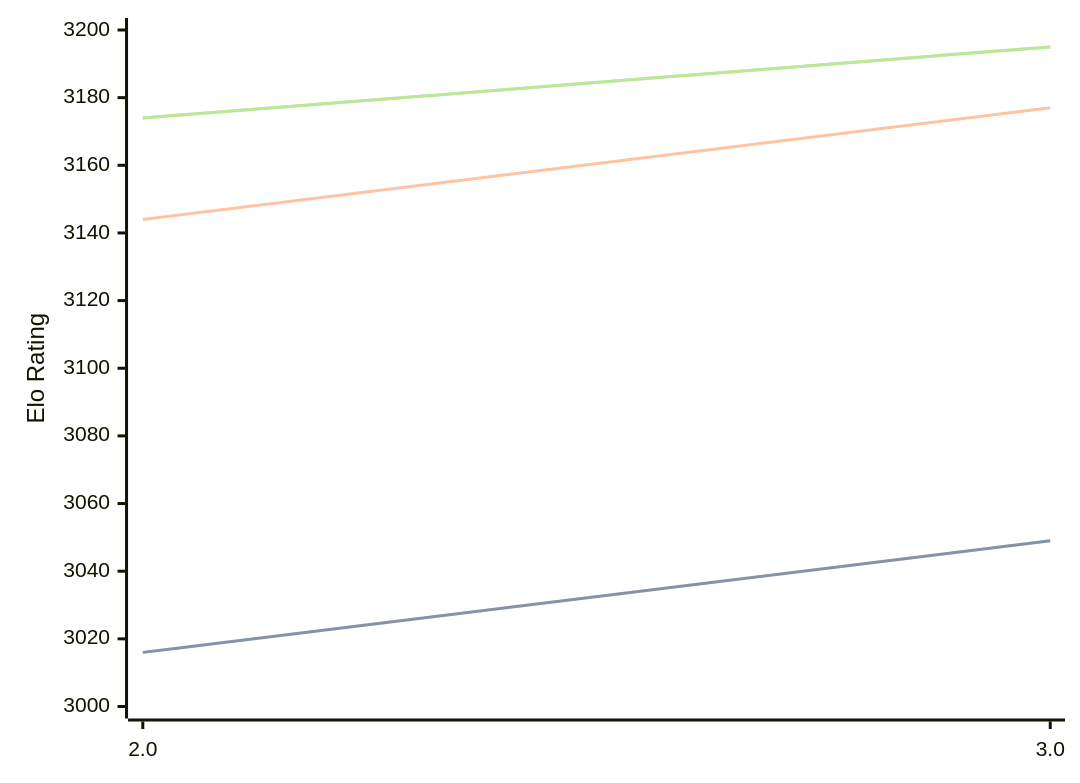
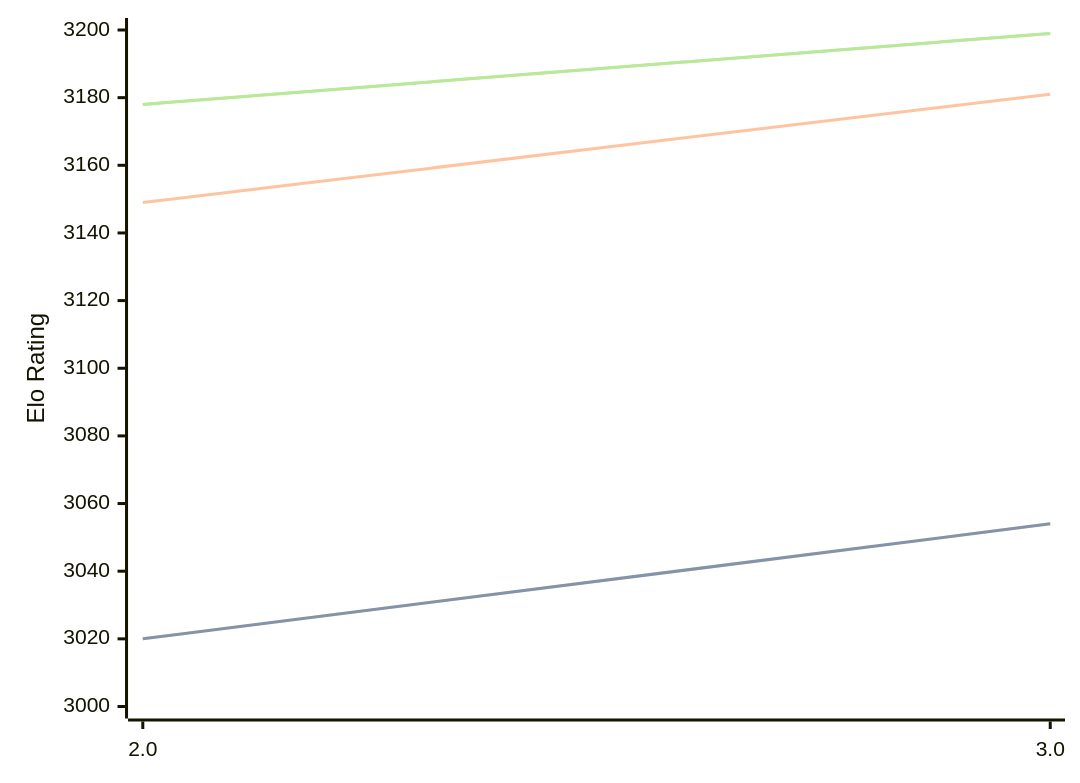
Before and after one commit to computer-chess-index/cci: the diagram in engines/Quanticade.md, drawn with Mermaid. The commit also changed other lines of this file, not shown here.

Commit message:
Update CCI Ratings (ELO VLTC) - 2026-02-24

````diff
--- a/engines/Quanticade.md
+++ b/engines/Quanticade.md
@@ -38,11 +38,11 @@
 ```mermaid
 %%{init: {"theme":"base","themeVariables":{"seriesColors:['#a3a3a3','#222221','#faa371']}}}%%
 xychart-beta
   x-axis ["2.0", "3.0"]
   y-axis "Elo Rating" 3000 --> 3200
-  line "STC (8.0+0.08s)" [3016, 3049]
-  line "STC (8.0+0.08s)" [3016, 3049]
-  line "LTC (60.0+0.60s)" [3144, 3177]
-  line "VLTC (2m24s+1.12s)" [3174, 3195]
-  line "VLTC (2m24s+1.12s)" [3174, 3195]
+  line "STC (8.0+0.08s)" [3020, 3054]
+  line "STC (8.0+0.08s)" [3020, 3054]
+  line "LTC (60.0+0.60s)" [3149, 3181]
+  line "VLTC (2m24s+1.12s)" [3178, 3199]
+  line "VLTC (2m24s+1.12s)" [3178, 3199]
 ```
````
